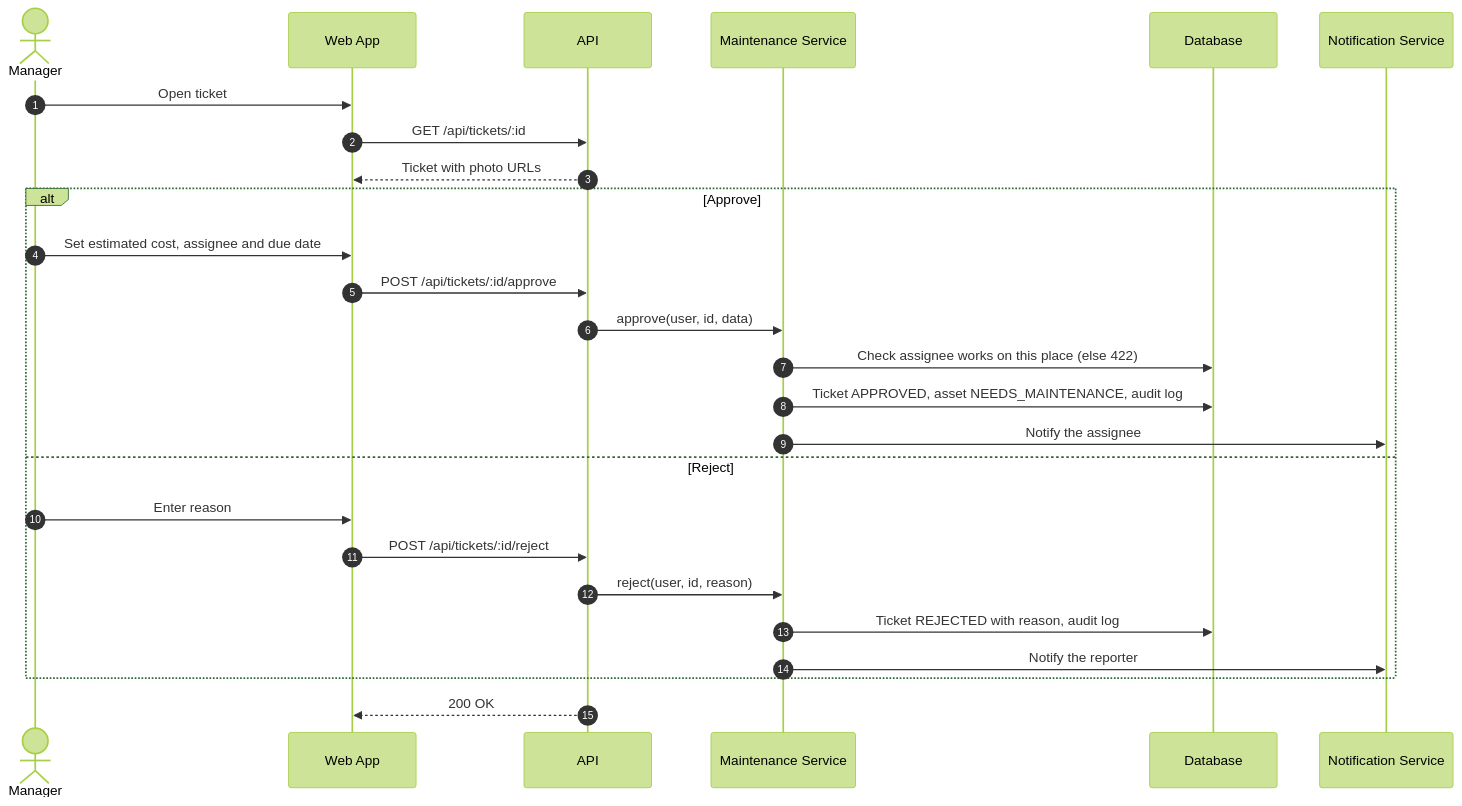
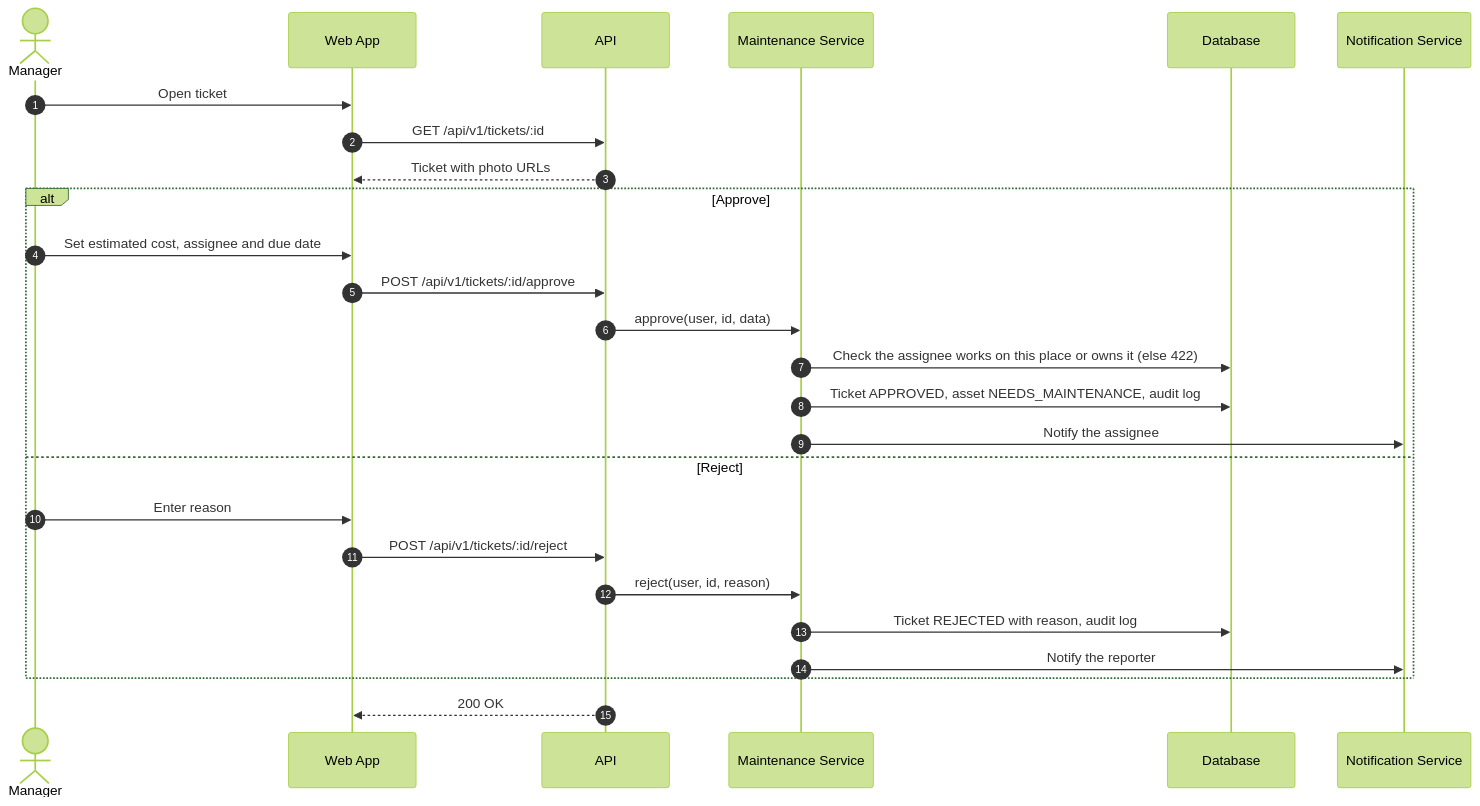
One commit to Abdulrahman-Wadani/Amlak changed the seventh of 8 diagrams in Stage-3/README.md. Above: the diagram before and after it, drawn with Mermaid (forest theme). The commit also changed other lines of this file, not shown here.

````diff
--- a/Stage-3/README.md
+++ b/Stage-3/README.md
@@ -1008,30 +1001,30 @@
 ```mermaid
 sequenceDiagram
     autonumber
     actor M as Manager
     participant App as Web App
     participant API as API
     participant MS as Maintenance Service
     participant DB as Database
     participant NS as Notification Service
 
     M->>App: Open ticket
-    App->>API: GET /api/tickets/:id
+    App->>API: GET /api/v1/tickets/:id
     API-->>App: Ticket with photo URLs
 
     alt Approve
         M->>App: Set estimated cost, assignee and due date
-        App->>API: POST /api/tickets/:id/approve
+        App->>API: POST /api/v1/tickets/:id/approve
         API->>MS: approve(user, id, data)
-        MS->>DB: Check assignee works on this place (else 422)
+        MS->>DB: Check the assignee works on this place or owns it (else 422)
         MS->>DB: Ticket APPROVED, asset NEEDS_MAINTENANCE, audit log
         MS->>NS: Notify the assignee
     else Reject
         M->>App: Enter reason
-        App->>API: POST /api/tickets/:id/reject
+        App->>API: POST /api/v1/tickets/:id/reject
         API->>MS: reject(user, id, reason)
         MS->>DB: Ticket REJECTED with reason, audit log
         MS->>NS: Notify the reporter
     end
     API-->>App: 200 OK
 ```
````
